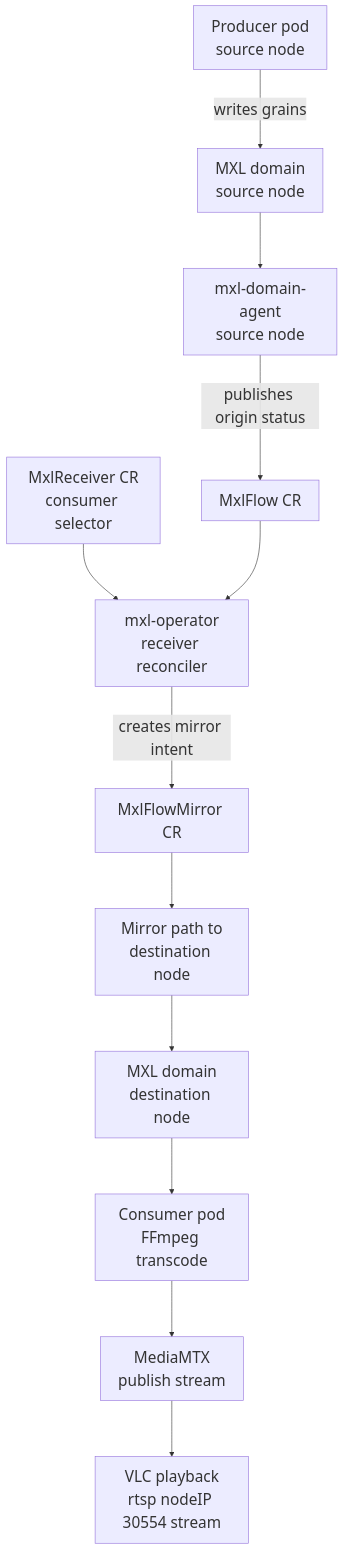
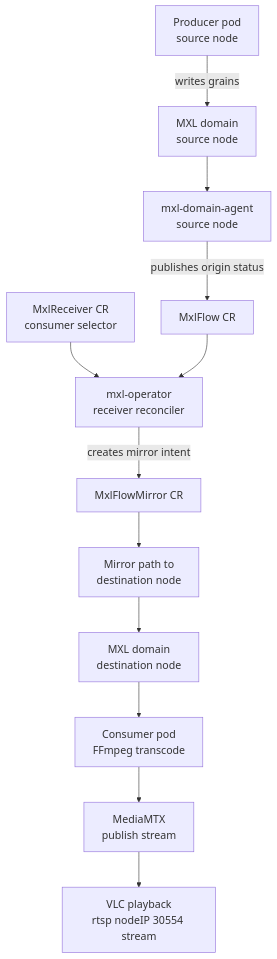
Before and after one commit to cbcrc/mxl-csi: the diagram in k3s-test/mxl-interconnect.mmd, drawn with Mermaid. The commit also changed 1 other file, not shown here.

```diff
--- a/k3s-test/mxl-interconnect.mmd
+++ b/k3s-test/mxl-interconnect.mmd
@@ -1,13 +1,13 @@
-%%{init: {"theme": "default", "themeVariables": {"fontSize": "26px"}, "flowchart": {"nodeSpacing": 70, "rankSpacing": 95, "curve": "basis"}} }%%
+%%{init: {"theme": "default", "themeVariables": {"fontSize": "18px"}, "flowchart": {"nodeSpacing": 45, "rankSpacing": 60, "curve": "basis"}} }%%
 flowchart TB
   A[Producer pod<br/>source node] -->|writes grains| B[MXL domain<br/>source node]
   B --> C[mxl-domain-agent<br/>source node]
   C -->|publishes origin status| D[MxlFlow CR]
   E[MxlReceiver CR<br/>consumer selector] --> F[mxl-operator<br/>receiver reconciler]
   D --> F
   F -->|creates mirror intent| G[MxlFlowMirror CR]
   G --> H[Mirror path to<br/>destination node]
   H --> I[MXL domain<br/>destination node]
   I --> J[Consumer pod<br/>FFmpeg transcode]
   J --> K[MediaMTX<br/>publish stream]
   K --> L[VLC playback<br/>rtsp nodeIP 30554 stream]
```
